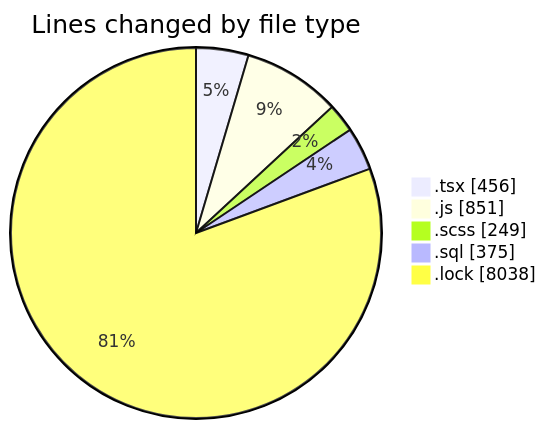
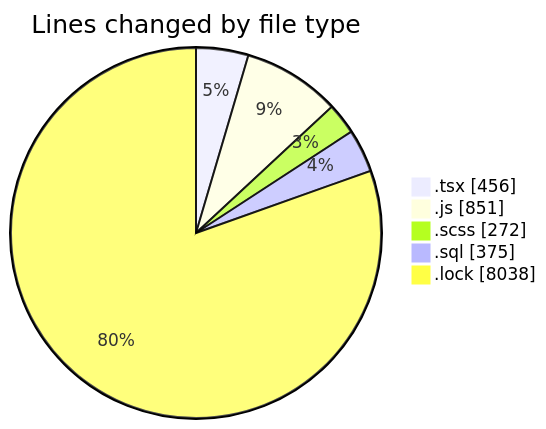
The first of 2 diagrams in 2025-03-18/cda/README.md (momahboobian/code-tracking), drawn with Mermaid before and after one commit. The commit also changed other lines of this file and 1 other file, not shown here.

````diff
--- a/2025-03-18/cda/README.md
+++ b/2025-03-18/cda/README.md
@@ -30,9 +30,9 @@
 ```mermaid
 pie showData
 title Lines changed by file type
 ".tsx" : 456
 ".js" : 851
-".scss" : 249
+".scss" : 272
 ".sql" : 375
 ".lock" : 8038
 ```
````
